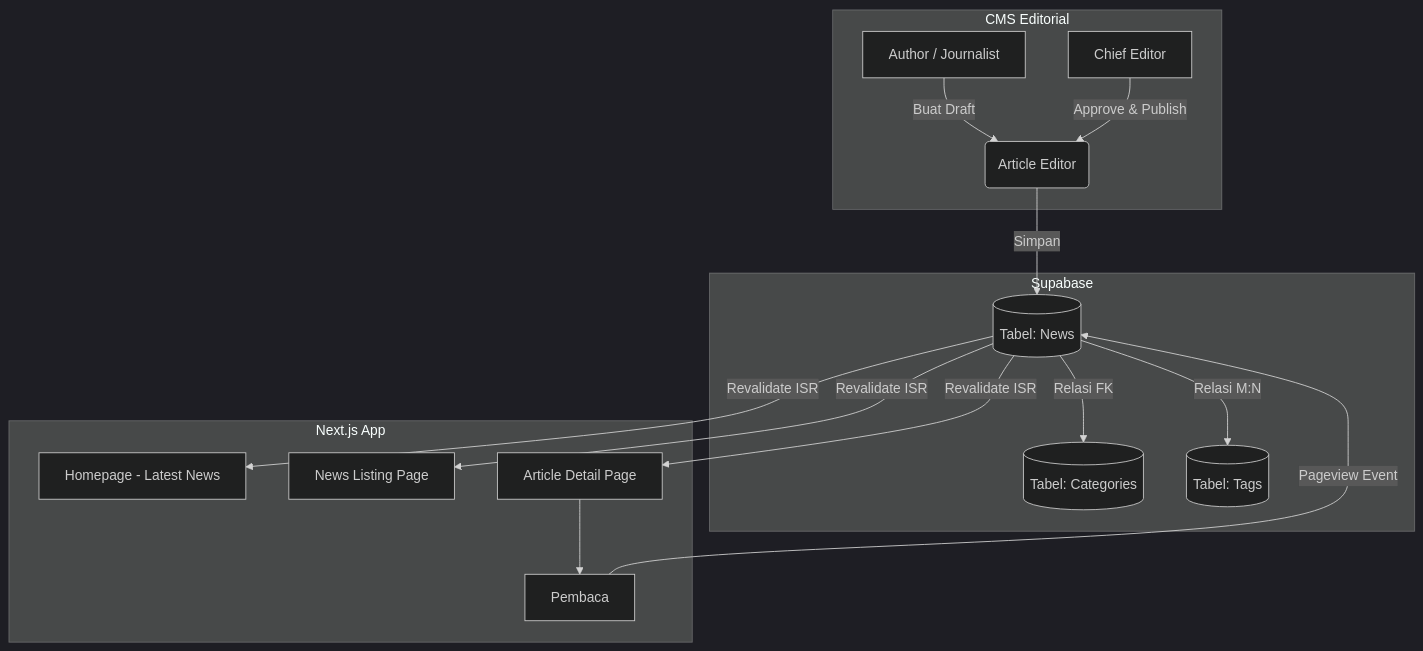
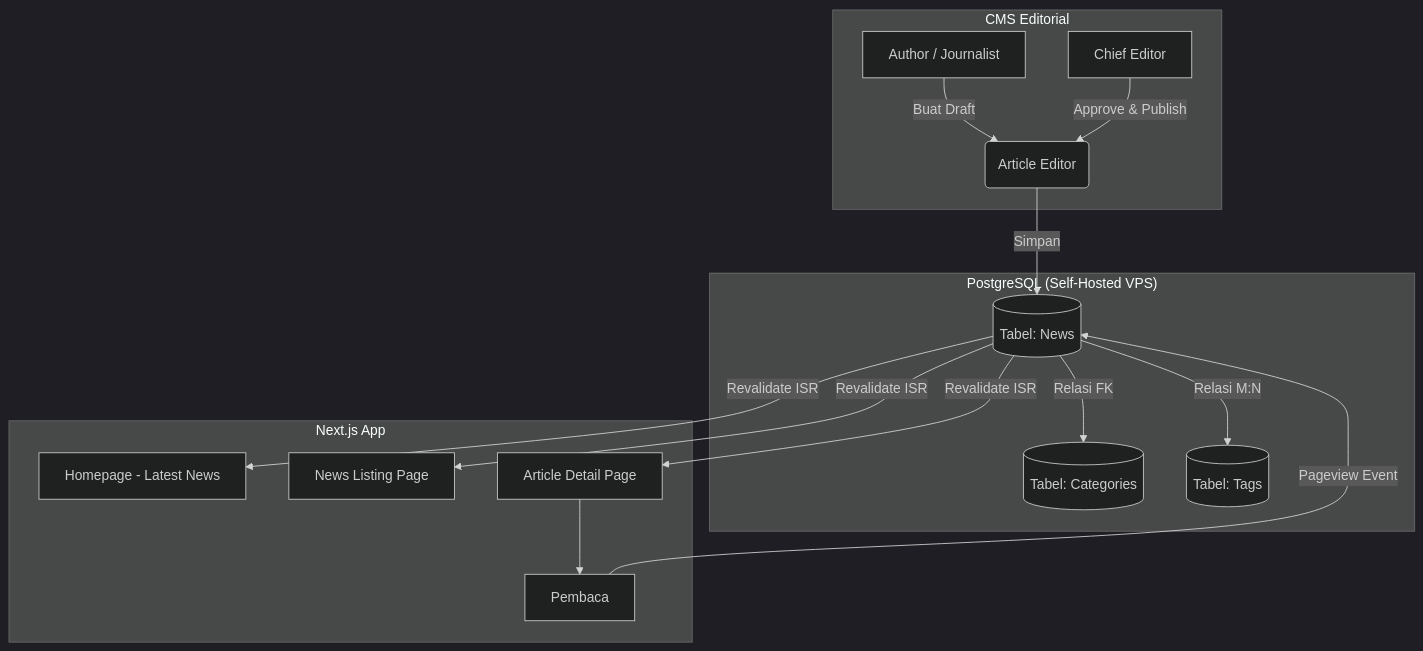
Before and after one commit to dreflabs/sukabumieundeur: the first of 2 diagrams in docs/14-news-system.md, drawn with Mermaid (dark theme). The commit also changed other lines of this file and 37 other files, not shown here.

Commit message:
feat: initialize 100% self-hosted VPS codebase Next.js 16 + PostgreSQL + Tailwind v4 and update 27 documentation files

````diff
--- a/docs/14-news-system.md
+++ b/docs/14-news-system.md
@@ -69,23 +72,23 @@
 ```mermaid
 flowchart TD
     subgraph CMS["CMS Editorial"]
         A[Author / Journalist] -->|Buat Draft| B(Article Editor)
         E[Chief Editor] -->|Approve & Publish| B
     end
 
-    subgraph Database["Supabase"]
+    subgraph Database["PostgreSQL (Self-Hosted VPS)"]
         B -->|Simpan| T_Art[(Tabel: News)]
         T_Art -->|Relasi FK| T_Cat[(Tabel: Categories)]
         T_Art -->|Relasi M:N| T_Tag[(Tabel: Tags)]
     end
 
     subgraph Frontend["Next.js App"]
         T_Art -->|Revalidate ISR| H_Home[Homepage - Latest News]
         T_Art -->|Revalidate ISR| H_List[News Listing Page]
         T_Art -->|Revalidate ISR| H_Detail[Article Detail Page]
         
         U[Pembaca] -->|Pageview Event| T_Art
     end
     
     H_Detail --> U
 ```
````
